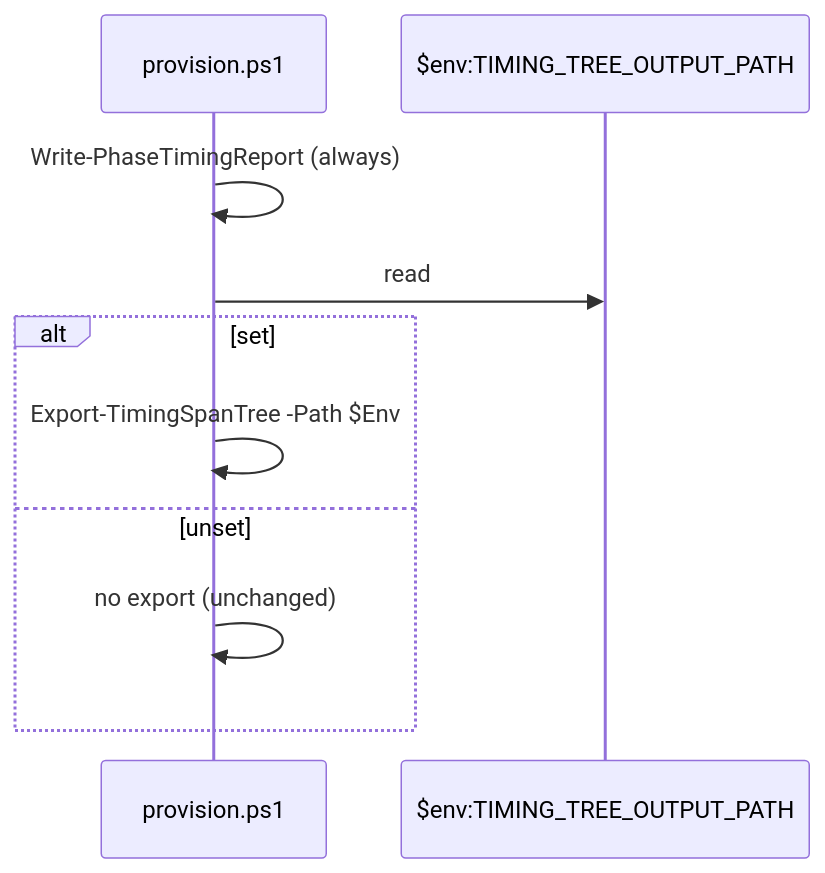
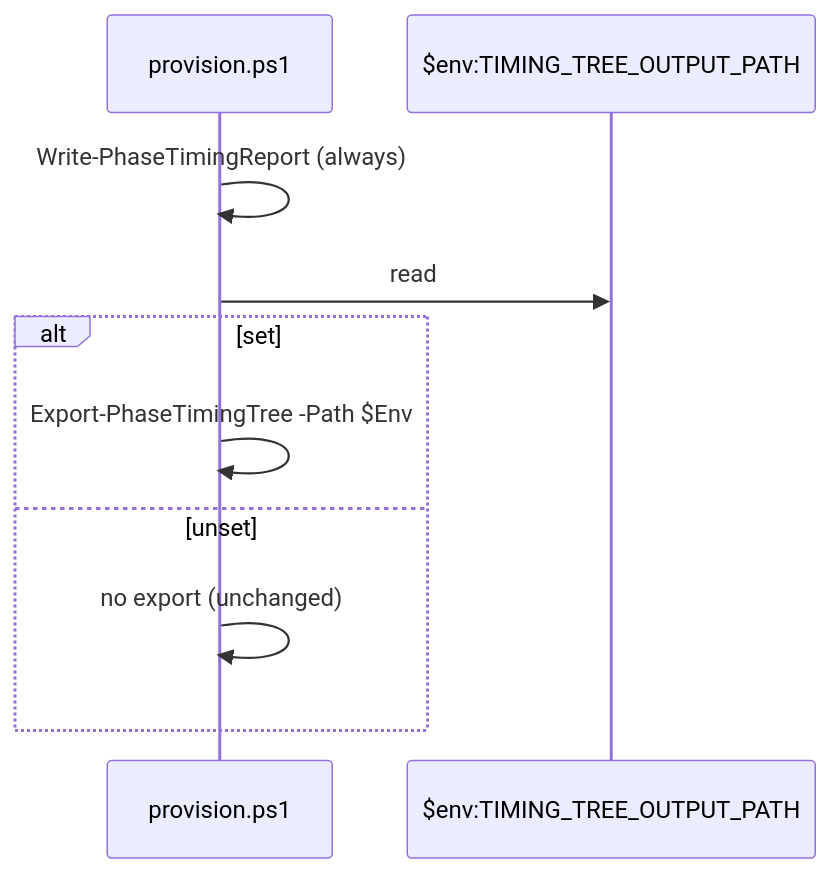
Before and after one commit to VitaliiAndreev/Infrastructure-Common: diagram 11 of 15 in docs/dev/implementation/88-cross-process-instrumentation-and-reporting/plan.md, drawn with Mermaid. The commit also changed other lines of this file, not shown here.

````diff
--- a/docs/dev/implementation/88-cross-process-instrumentation-and-reporting/plan.md
+++ b/docs/dev/implementation/88-cross-process-instrumentation-and-reporting/plan.md
@@ -414,12 +467,12 @@
 ```mermaid
 sequenceDiagram
   participant Prov as provision.ps1
   participant Env as $env:TIMING_TREE_OUTPUT_PATH
   Prov->>Prov: Write-PhaseTimingReport (always)
   Prov->>Env: read
   alt set
-    Prov->>Prov: Export-TimingSpanTree -Path $Env
+    Prov->>Prov: Export-PhaseTimingTree -Path $Env
   else unset
     Prov->>Prov: no export (unchanged)
   end
 ```
````
